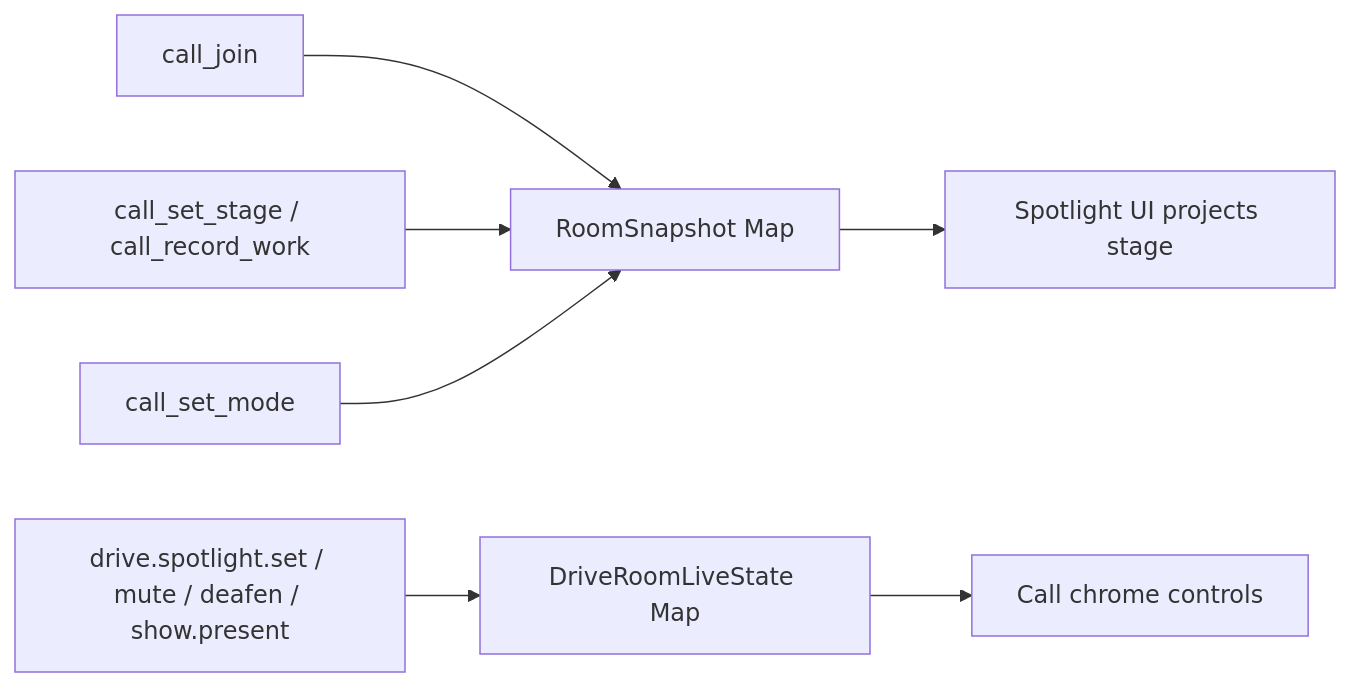
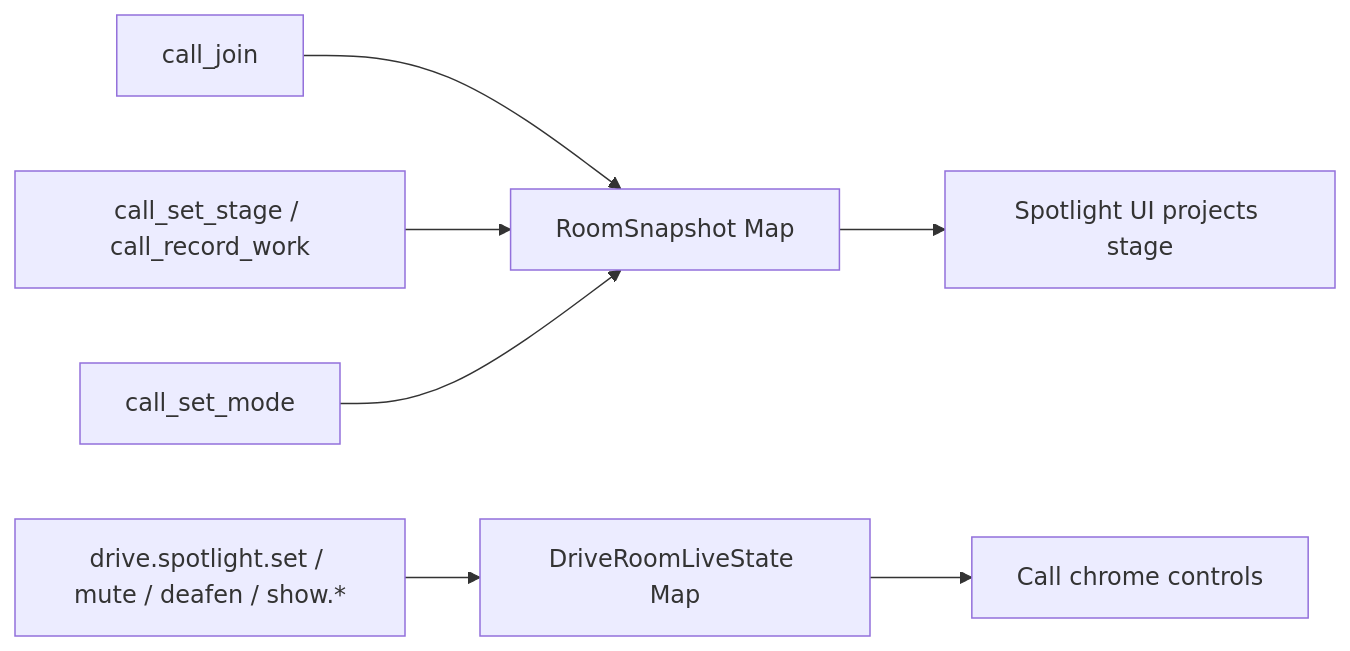
The fourth of 5 diagrams in docs/drivecode/reference/architecture.md (drive-mode/cline-drivecode), drawn with Mermaid before and after one commit. The commit also changed other lines of this file and 47 other files, not shown here.

First line of the commit message:
feat(drive): Mermaid Show validation and Drive room preview (#63)

````diff
--- a/docs/drivecode/reference/architecture.md
+++ b/docs/drivecode/reference/architecture.md
@@ -156,9 +156,9 @@
 ```mermaid
 flowchart LR
-  Join["call_join"] --> Room["RoomSnapshot Map"]
-  Stage["call_set_stage / call_record_work"] --> Room
-  Mode["call_set_mode"] --> Room
-  DriveLive["drive.spotlight.set / mute / deafen / show.present"] --> Live["DriveRoomLiveState Map"]
-  Room --> SpotlightUI["Spotlight UI projects stage"]
-  Live --> Chrome["Call chrome controls"]
+  Join["call_join"] --> RoomPlane["RoomSnapshot Map"]
+  Stage["call_set_stage / call_record_work"] --> RoomPlane
+  Mode["call_set_mode"] --> RoomPlane
+  DriveLive["drive.spotlight.set / mute / deafen / show.*"] --> DriveLiveState["DriveRoomLiveState Map"]
+  RoomPlane --> SpotlightUI["Spotlight UI projects stage"]
+  DriveLiveState --> Chrome["Call chrome controls"]
 ```
````
